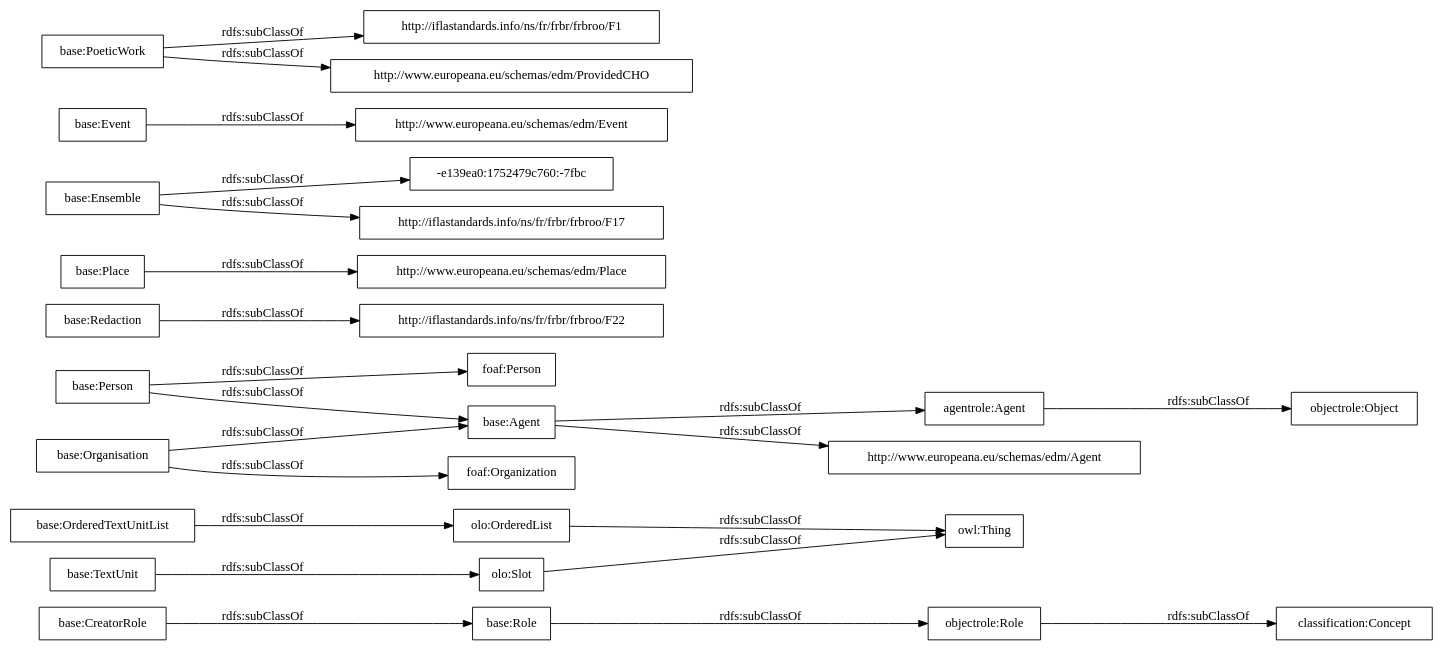
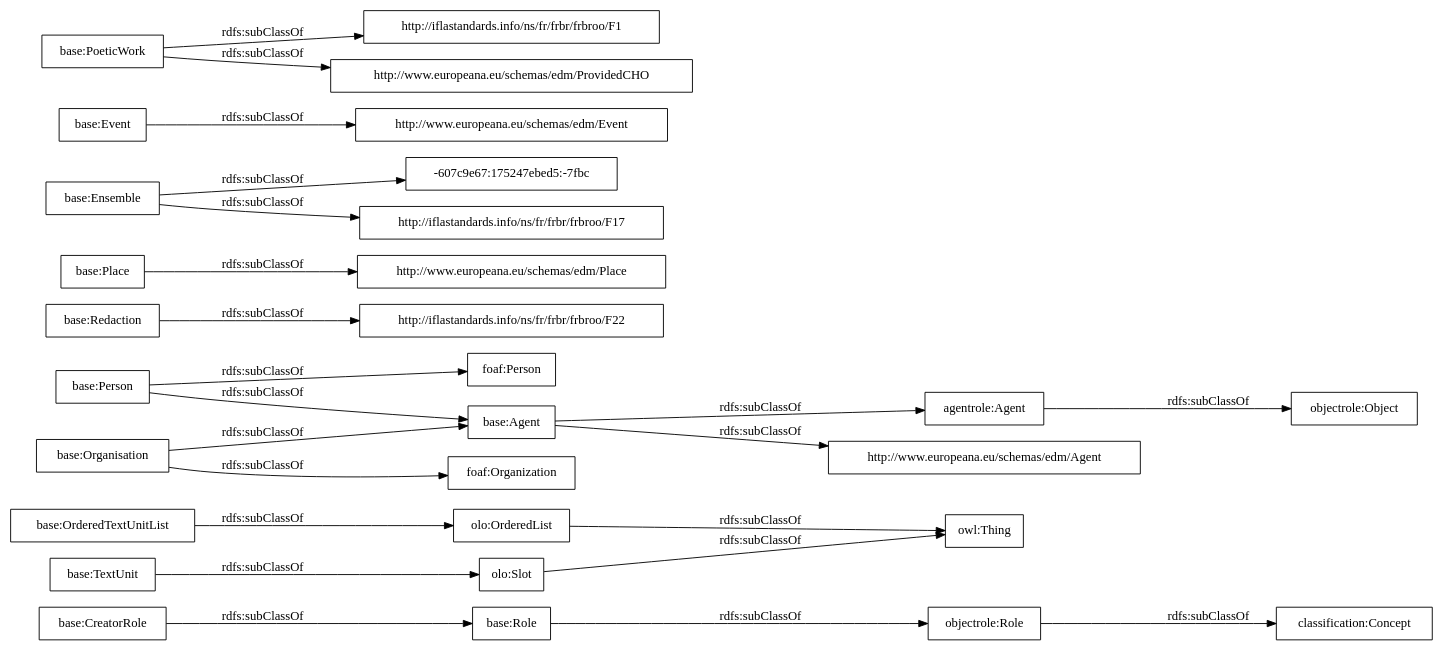
Before and after one commit to OnToologyUser/core-ontology-1: the diagram in OnToology/postdata-core.owl/diagrams/ar2dtool-taxonomy/postdata-core.owl.png.dot, drawn with Graphviz. The commit also changed 14 other files, not shown here.

```diff
--- a/OnToology/postdata-core.owl/diagrams/ar2dtool-taxonomy/postdata-core.owl.png.dot
+++ b/OnToology/postdata-core.owl/diagrams/ar2dtool-taxonomy/postdata-core.owl.png.dot
@@ -1,27 +1,27 @@
 digraph ar2dtool_diagram { 
 rankdir=LR;
 size="1000"
-node [shape = rectangle, color="black"]; "base:Role" "base:OrderedTextUnitList" "agentrole:Agent" "http://iflastandards.info/ns/fr/frbr/frbroo/F22" "http://www.europeana.eu/schemas/edm/Agent" "base:Agent" "base:CreatorRole" "base:Person" "base:Organisation" "http://www.europeana.eu/schemas/edm/Place" "base:Redaction" "base:Ensemble" "foaf:Person" "http://www.europeana.eu/schemas/edm/Event" "base:TextUnit" "http://iflastandards.info/ns/fr/frbr/frbroo/F1" "foaf:Organization" "http://www.europeana.eu/schemas/edm/ProvidedCHO" "base:Place" "base:Event" "-e139ea0:1752479c760:-7fbc" "base:PoeticWork" "http://iflastandards.info/ns/fr/frbr/frbroo/F17" "owl:Thing" "objectrole:Role" "objectrole:Object" "olo:Slot" "olo:OrderedList" "classification:Concept" ; /*classes style*/
+node [shape = rectangle, color="black"]; "base:Role" "base:OrderedTextUnitList" "agentrole:Agent" "http://iflastandards.info/ns/fr/frbr/frbroo/F22" "http://www.europeana.eu/schemas/edm/Agent" "base:Agent" "base:CreatorRole" "base:Person" "base:Organisation" "http://www.europeana.eu/schemas/edm/Place" "base:Redaction" "-607c9e67:175247ebed5:-7fbc" "base:Ensemble" "foaf:Person" "http://www.europeana.eu/schemas/edm/Event" "base:TextUnit" "foaf:Organization" "http://iflastandards.info/ns/fr/frbr/frbroo/F1" "http://www.europeana.eu/schemas/edm/ProvidedCHO" "base:Place" "base:Event" "base:PoeticWork" "http://iflastandards.info/ns/fr/frbr/frbroo/F17" "owl:Thing" "objectrole:Role" "objectrole:Object" "olo:Slot" "olo:OrderedList" "classification:Concept" ; /*classes style*/
 	"base:Redaction" -> "http://iflastandards.info/ns/fr/frbr/frbroo/F22" [ label = "rdfs:subClassOf" ];
 	"base:Role" -> "objectrole:Role" [ label = "rdfs:subClassOf" ];
 	"base:Event" -> "http://www.europeana.eu/schemas/edm/Event" [ label = "rdfs:subClassOf" ];
 	"base:Person" -> "foaf:Person" [ label = "rdfs:subClassOf" ];
 	"base:Person" -> "base:Agent" [ label = "rdfs:subClassOf" ];
 	"olo:OrderedList" -> "owl:Thing" [ label = "rdfs:subClassOf" ];
 	"olo:Slot" -> "owl:Thing" [ label = "rdfs:subClassOf" ];
 	"base:PoeticWork" -> "http://www.europeana.eu/schemas/edm/ProvidedCHO" [ label = "rdfs:subClassOf" ];
 	"base:PoeticWork" -> "http://iflastandards.info/ns/fr/frbr/frbroo/F1" [ label = "rdfs:subClassOf" ];
 	"base:TextUnit" -> "olo:Slot" [ label = "rdfs:subClassOf" ];
 	"agentrole:Agent" -> "objectrole:Object" [ label = "rdfs:subClassOf" ];
-	"base:Ensemble" -> "-e139ea0:1752479c760:-7fbc" [ label = "rdfs:subClassOf" ];
+	"base:Ensemble" -> "-607c9e67:175247ebed5:-7fbc" [ label = "rdfs:subClassOf" ];
 	"base:Ensemble" -> "http://iflastandards.info/ns/fr/frbr/frbroo/F17" [ label = "rdfs:subClassOf" ];
 	"base:OrderedTextUnitList" -> "olo:OrderedList" [ label = "rdfs:subClassOf" ];
 	"base:Agent" -> "agentrole:Agent" [ label = "rdfs:subClassOf" ];
 	"base:Agent" -> "http://www.europeana.eu/schemas/edm/Agent" [ label = "rdfs:subClassOf" ];
 	"objectrole:Role" -> "classification:Concept" [ label = "rdfs:subClassOf" ];
 	"base:Place" -> "http://www.europeana.eu/schemas/edm/Place" [ label = "rdfs:subClassOf" ];
 	"base:Organisation" -> "foaf:Organization" [ label = "rdfs:subClassOf" ];
 	"base:Organisation" -> "base:Agent" [ label = "rdfs:subClassOf" ];
 	"base:CreatorRole" -> "base:Role" [ label = "rdfs:subClassOf" ];
 
 }
```
